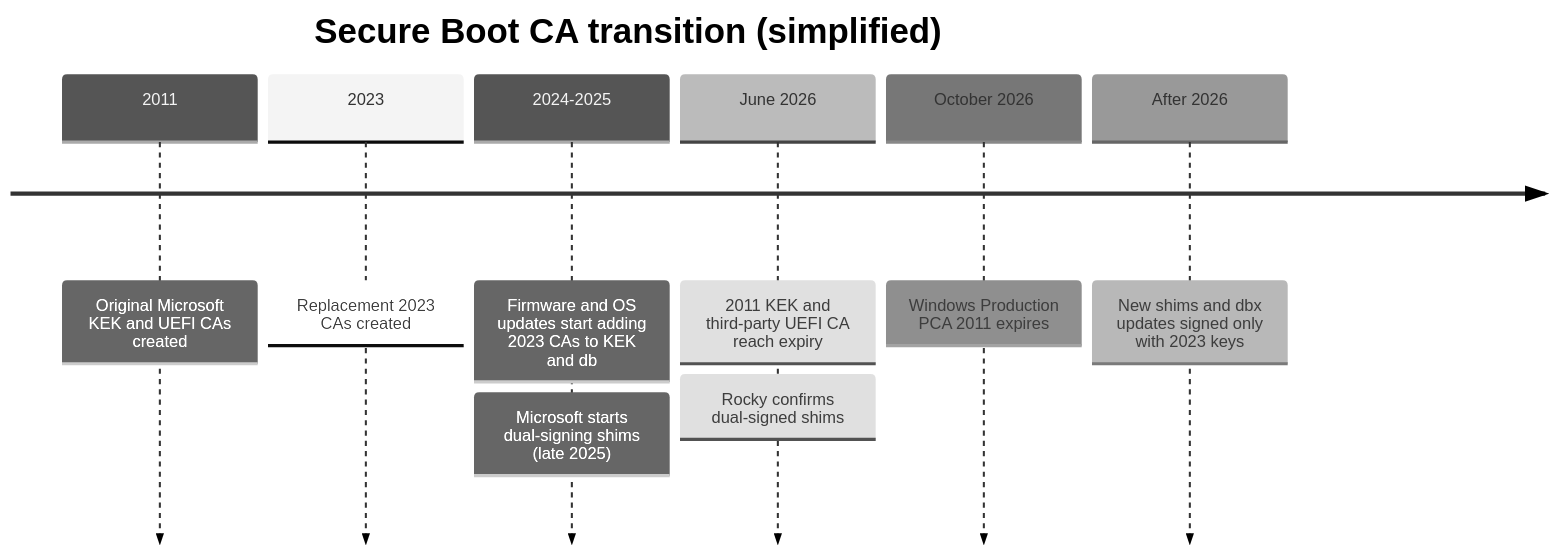
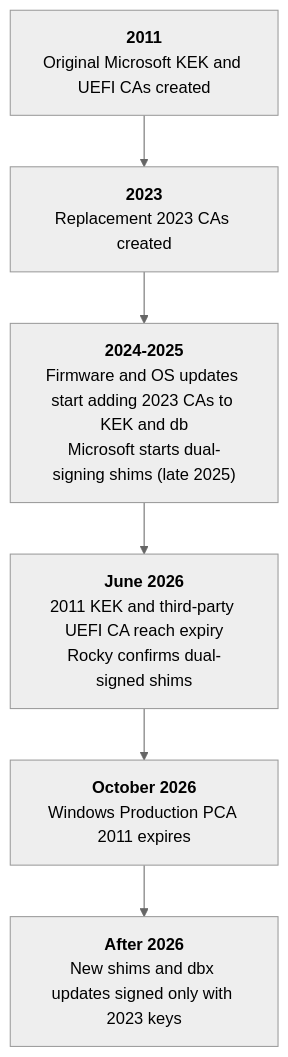
The fifth of 5 diagrams in content/29-secure-boot-and-drivers.md (ssimpson89/LinuxTrainingCourse), drawn with Mermaid (neutral theme) before and after one commit. The commit also changed other lines of this file and 23 other files, not shown here.

First line of the commit message:
Make long flowcharts vertical and replace timelines for readability

````diff
--- a/content/29-secure-boot-and-drivers.md
+++ b/content/29-secure-boot-and-drivers.md
@@ -641,12 +643,10 @@
 ```mermaid
-timeline
-    title Secure Boot CA transition (simplified)
-    2011 : Original Microsoft KEK and UEFI CAs created
-    2023 : Replacement 2023 CAs created
-    2024-2025 : Firmware and OS updates start adding 2023 CAs to KEK and db
-              : Microsoft starts dual-signing shims (late 2025)
-    June 2026 : 2011 KEK and third-party UEFI CA reach expiry
-              : Rocky confirms dual-signed shims
-    October 2026 : Windows Production PCA 2011 expires
-    After 2026 : New shims and dbx updates signed only with 2023 keys
+flowchart TB
+    T0["<b>2011</b><br/>Original Microsoft KEK and UEFI CAs created"]
+    T1["<b>2023</b><br/>Replacement 2023 CAs created"]
+    T2["<b>2024-2025</b><br/>Firmware and OS updates start adding 2023 CAs to KEK and db<br/>Microsoft starts dual-signing shims (late 2025)"]
+    T3["<b>June 2026</b><br/>2011 KEK and third-party UEFI CA reach expiry<br/>Rocky confirms dual-signed shims"]
+    T4["<b>October 2026</b><br/>Windows Production PCA 2011 expires"]
+    T5["<b>After 2026</b><br/>New shims and dbx updates signed only with 2023 keys"]
+    T0 --> T1 --> T2 --> T3 --> T4 --> T5
 ```
````
